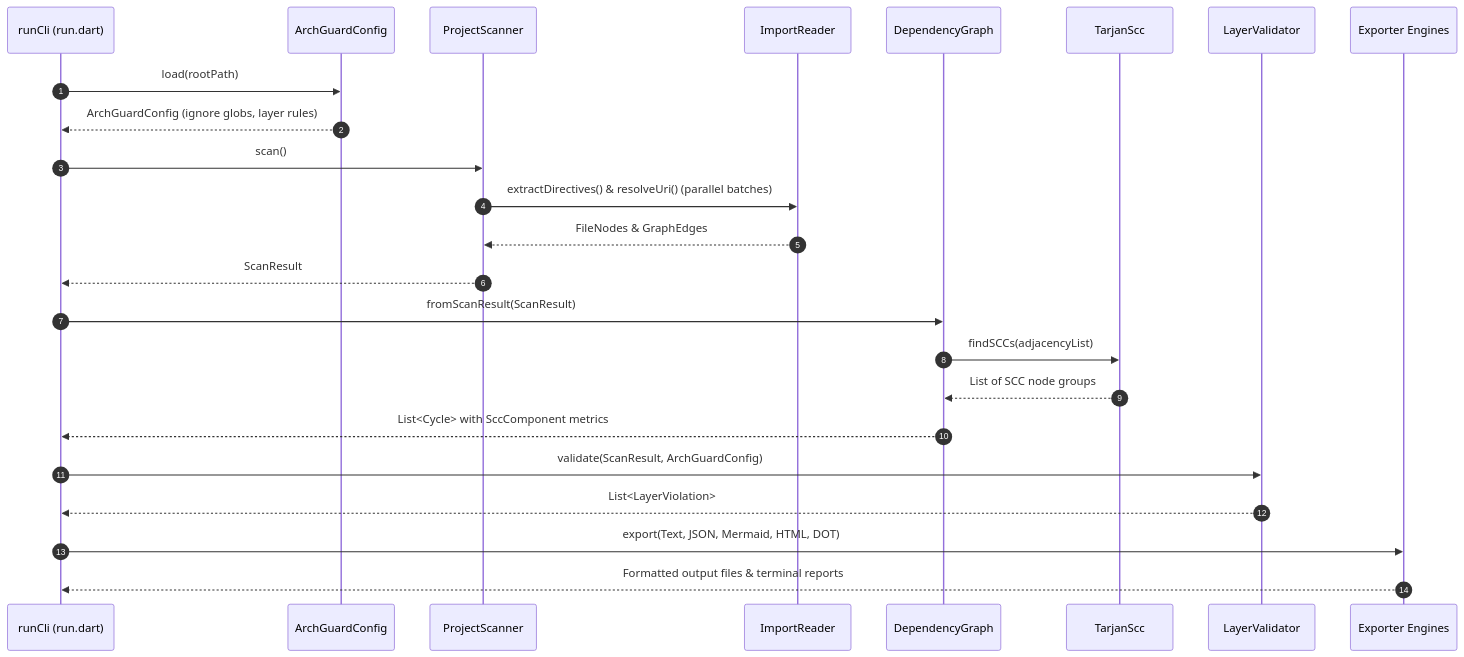
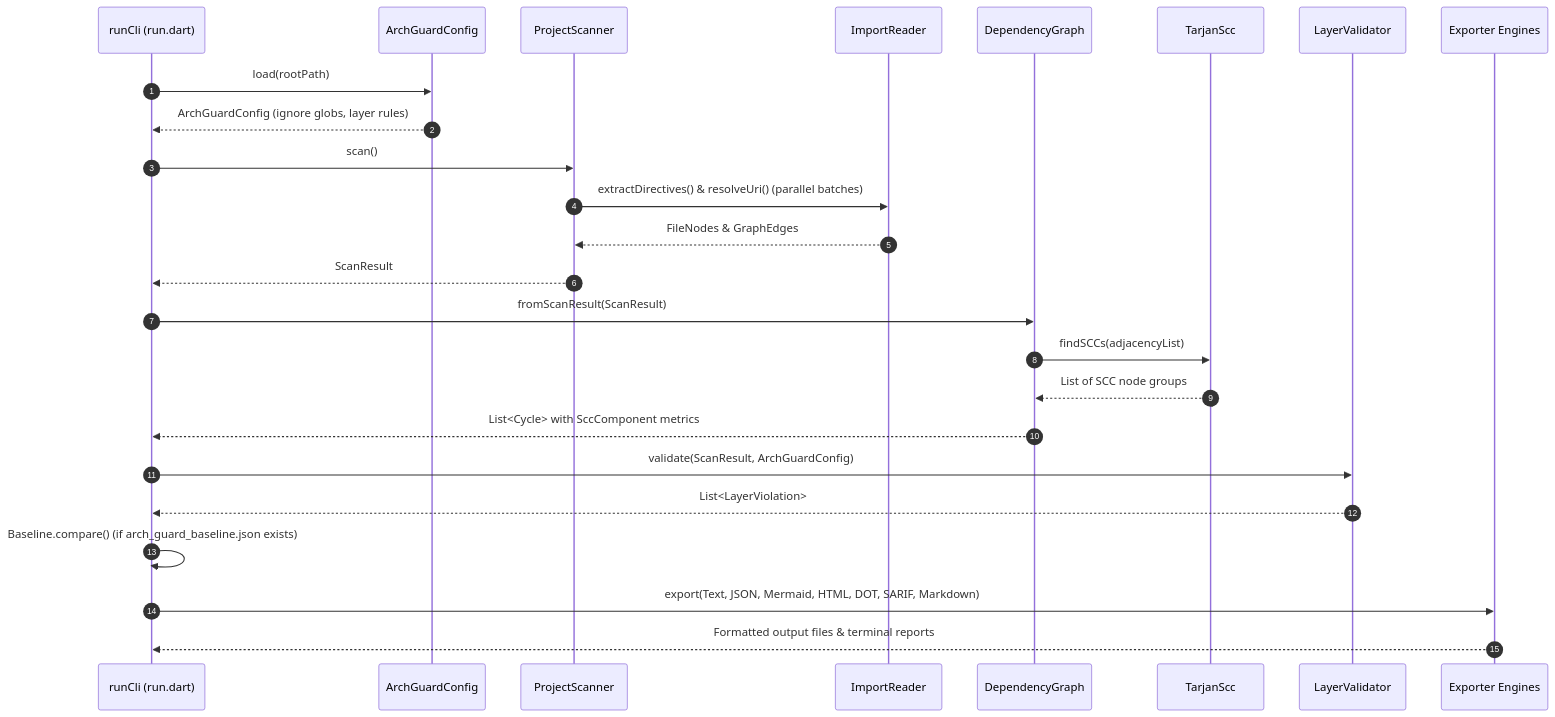
One commit to creatorpiyush/arch_guard changed the second of 2 diagrams in ARCHITECTURE.md. Above: the diagram before and after it, drawn with Mermaid. The commit also changed other lines of this file and 22 other files, not shown here.

First line of the commit message:
feat: baselines, SARIF and Markdown reports, GitHub Action and pre-commit hook (v1.3.0) (#7)

````diff
--- a/ARCHITECTURE.md
+++ b/ARCHITECTURE.md
@@ -97,31 +102,32 @@
 ```mermaid
 sequenceDiagram
     autonumber
     participant CLI as runCli (run.dart)
     participant Config as ArchGuardConfig
     participant Scanner as ProjectScanner
     participant Reader as ImportReader
     participant Graph as DependencyGraph
     participant Tarjan as TarjanScc
     participant Validator as LayerValidator
     participant Exporters as Exporter Engines
 
     CLI->>Config: load(rootPath)
     Config-->>CLI: ArchGuardConfig (ignore globs, layer rules)
 
     CLI->>Scanner: scan()
     Scanner->>Reader: extractDirectives() & resolveUri() (parallel batches)
     Reader-->>Scanner: FileNodes & GraphEdges
     Scanner-->>CLI: ScanResult
 
     CLI->>Graph: fromScanResult(ScanResult)
     Graph->>Tarjan: findSCCs(adjacencyList)
     Tarjan-->>Graph: List of SCC node groups
     Graph-->>CLI: List<Cycle> with SccComponent metrics
 
     CLI->>Validator: validate(ScanResult, ArchGuardConfig)
     Validator-->>CLI: List<LayerViolation>
 
-    CLI->>Exporters: export(Text, JSON, Mermaid, HTML, DOT)
+    CLI->>CLI: Baseline.compare() (if arch_guard_baseline.json exists)
+    CLI->>Exporters: export(Text, JSON, Mermaid, HTML, DOT, SARIF, Markdown)
     Exporters-->>CLI: Formatted output files & terminal reports
 ```
````
